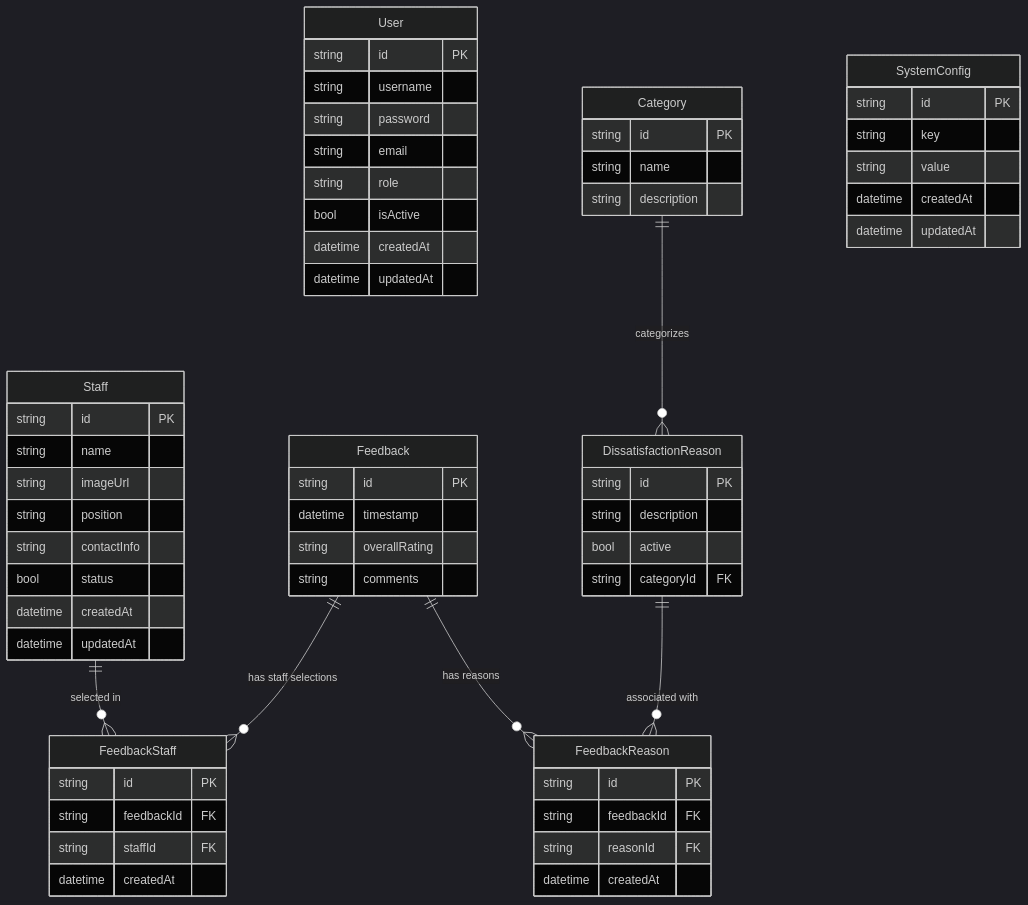
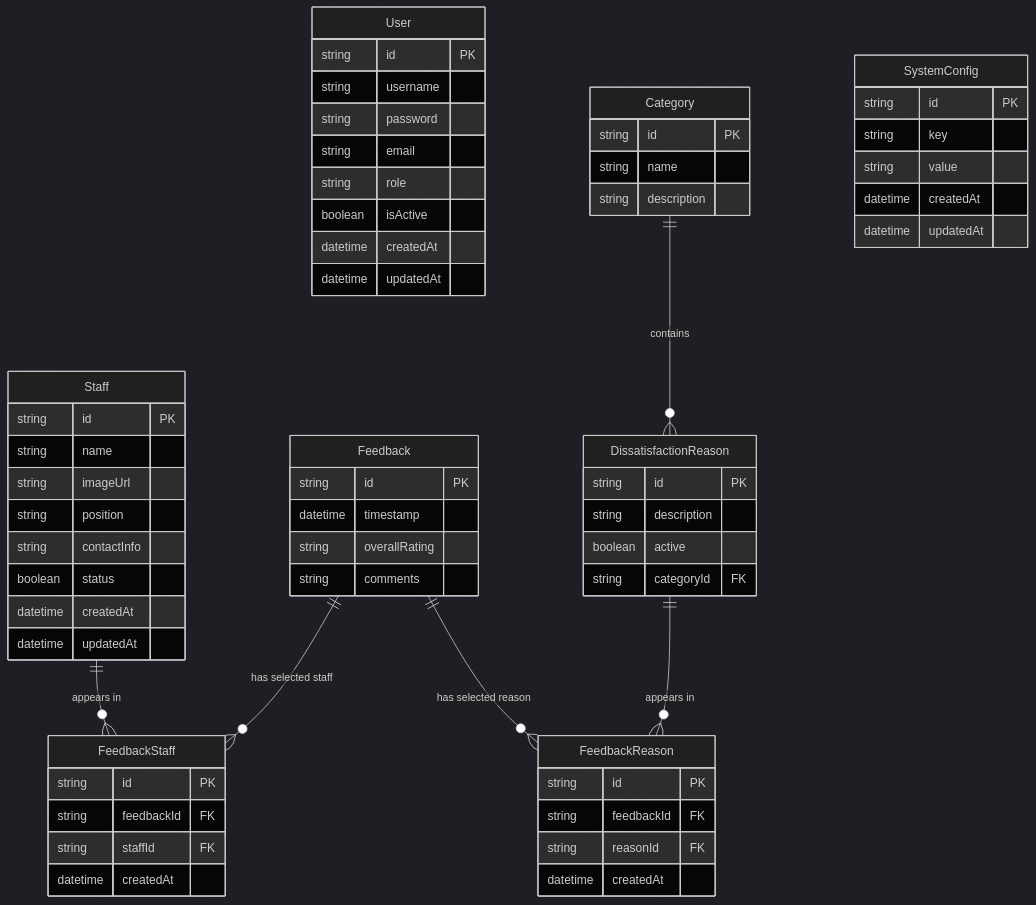
Before and after one commit to cmmrox/customer-feedback: the diagram in ERD.md, drawn with Mermaid (dark theme). The commit also changed other lines of this file and 5 other files, not shown here.

````diff
--- a/ERD.md
+++ b/ERD.md
@@ -3,74 +7,74 @@
 ```mermaid
 erDiagram
     User {
         string id PK
         string username
         string password
         string email
         string role
-        bool isActive
+        boolean isActive
         datetime createdAt
         datetime updatedAt
     }
-    
+
     Staff {
         string id PK
         string name
         string imageUrl
         string position
         string contactInfo
-        bool status
+        boolean status
         datetime createdAt
         datetime updatedAt
     }
-    
+
     Feedback {
         string id PK
         datetime timestamp
         string overallRating
         string comments
     }
-    
-    Category {
-        string id PK
-        string name
-        string description
-    }
-    
-    DissatisfactionReason {
-        string id PK
-        string description
-        bool active
-        string categoryId FK
-    }
-    
+
     FeedbackStaff {
         string id PK
         string feedbackId FK
         string staffId FK
         datetime createdAt
     }
-    
+
+    Category {
+        string id PK
+        string name
+        string description
+    }
+
+    DissatisfactionReason {
+        string id PK
+        string description
+        boolean active
+        string categoryId FK
+    }
+
     FeedbackReason {
         string id PK
         string feedbackId FK
         string reasonId FK
         datetime createdAt
     }
-    
+
     SystemConfig {
         string id PK
         string key
         string value
         datetime createdAt
         datetime updatedAt
     }
-    
-    Feedback ||--o{ FeedbackStaff : "has staff selections"
-    Staff ||--o{ FeedbackStaff : "selected in"
-    
-    Feedback ||--o{ FeedbackReason : "has reasons"
-    DissatisfactionReason ||--o{ FeedbackReason : "associated with"
-    
-    Category ||--o{ DissatisfactionReason : "categorizes"
+
+    Feedback ||--o{ FeedbackStaff : "has selected staff"
+    Staff ||--o{ FeedbackStaff : "appears in"
+
+    Feedback ||--o{ FeedbackReason : "has selected reason"
+    DissatisfactionReason ||--o{ FeedbackReason : "appears in"
+
+    Category ||--o{ DissatisfactionReason : "contains"
 ```
````
